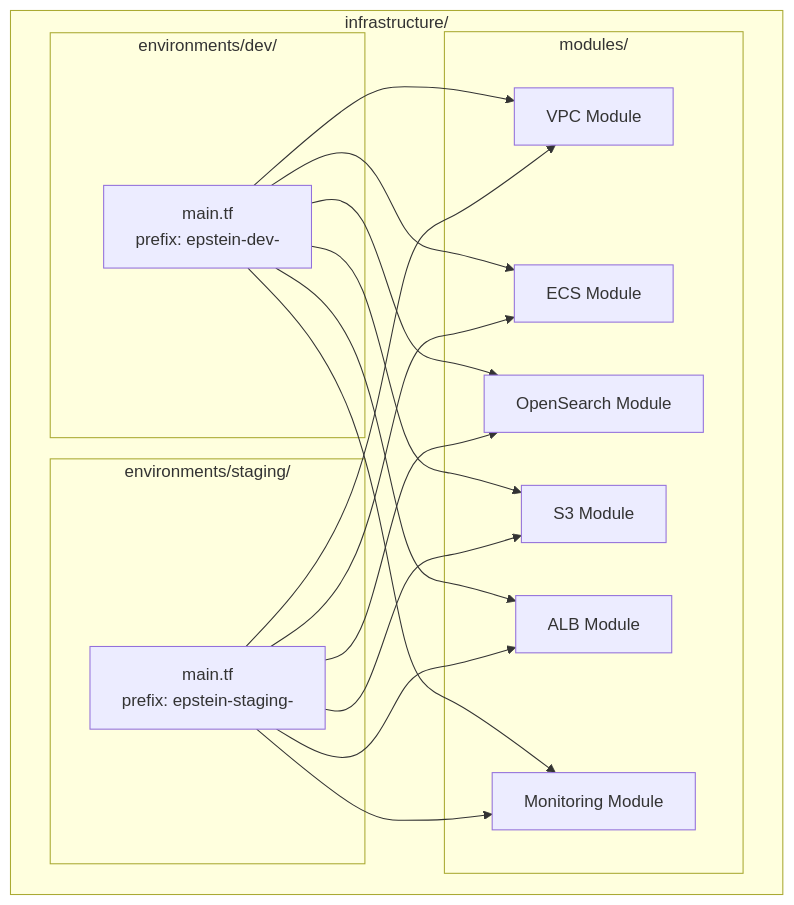
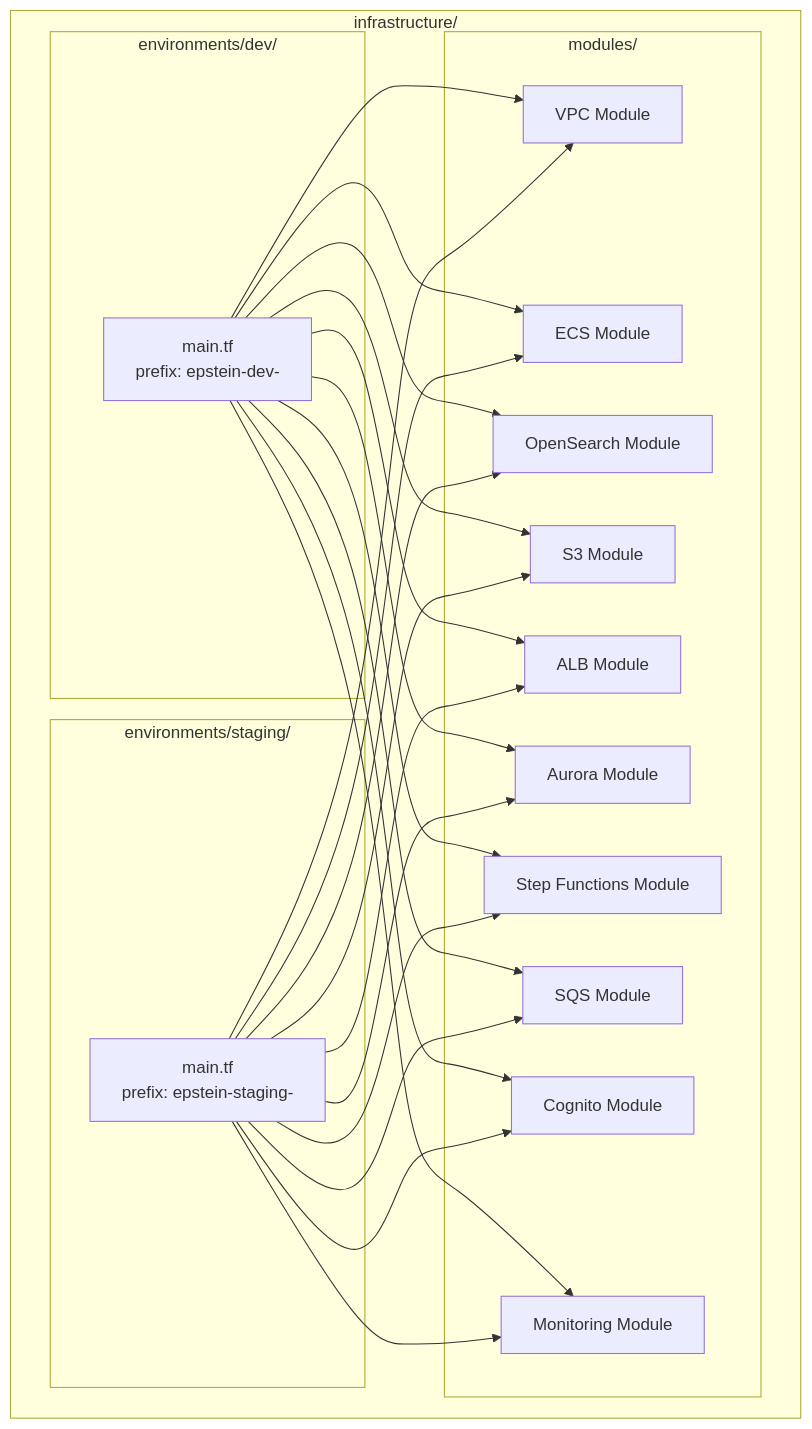
Before and after one commit to gepstein23/EpsteinBrowser: diagram 11 of 15 in docs/architecture.md, drawn with Mermaid. The commit also changed other lines of this file and 1 other file, not shown here.

First line of the commit message:
Authored by Genevieve's Intern, Claude: Rewrite architecture with evented pipeline design

````diff
--- a/docs/architecture.md
+++ b/docs/architecture.md
@@ -118,22 +626,26 @@
 ```mermaid
 graph TB
     subgraph "infrastructure/"
         subgraph "modules/"
             M1[VPC Module]
             M2[ECS Module]
             M3[OpenSearch Module]
             M4[S3 Module]
             M5[ALB Module]
-            M6[Monitoring Module]
+            M6[Aurora Module]
+            M7[Step Functions Module]
+            M8[SQS Module]
+            M9[Cognito Module]
+            M10[Monitoring Module]
         end
         subgraph "environments/dev/"
             DEV[main.tf<br/>prefix: epstein-dev-]
         end
         subgraph "environments/staging/"
             STG[main.tf<br/>prefix: epstein-staging-]
         end
     end
 
-    DEV --> M1 & M2 & M3 & M4 & M5 & M6
-    STG --> M1 & M2 & M3 & M4 & M5 & M6
+    DEV --> M1 & M2 & M3 & M4 & M5 & M6 & M7 & M8 & M9 & M10
+    STG --> M1 & M2 & M3 & M4 & M5 & M6 & M7 & M8 & M9 & M10
 ```
````
